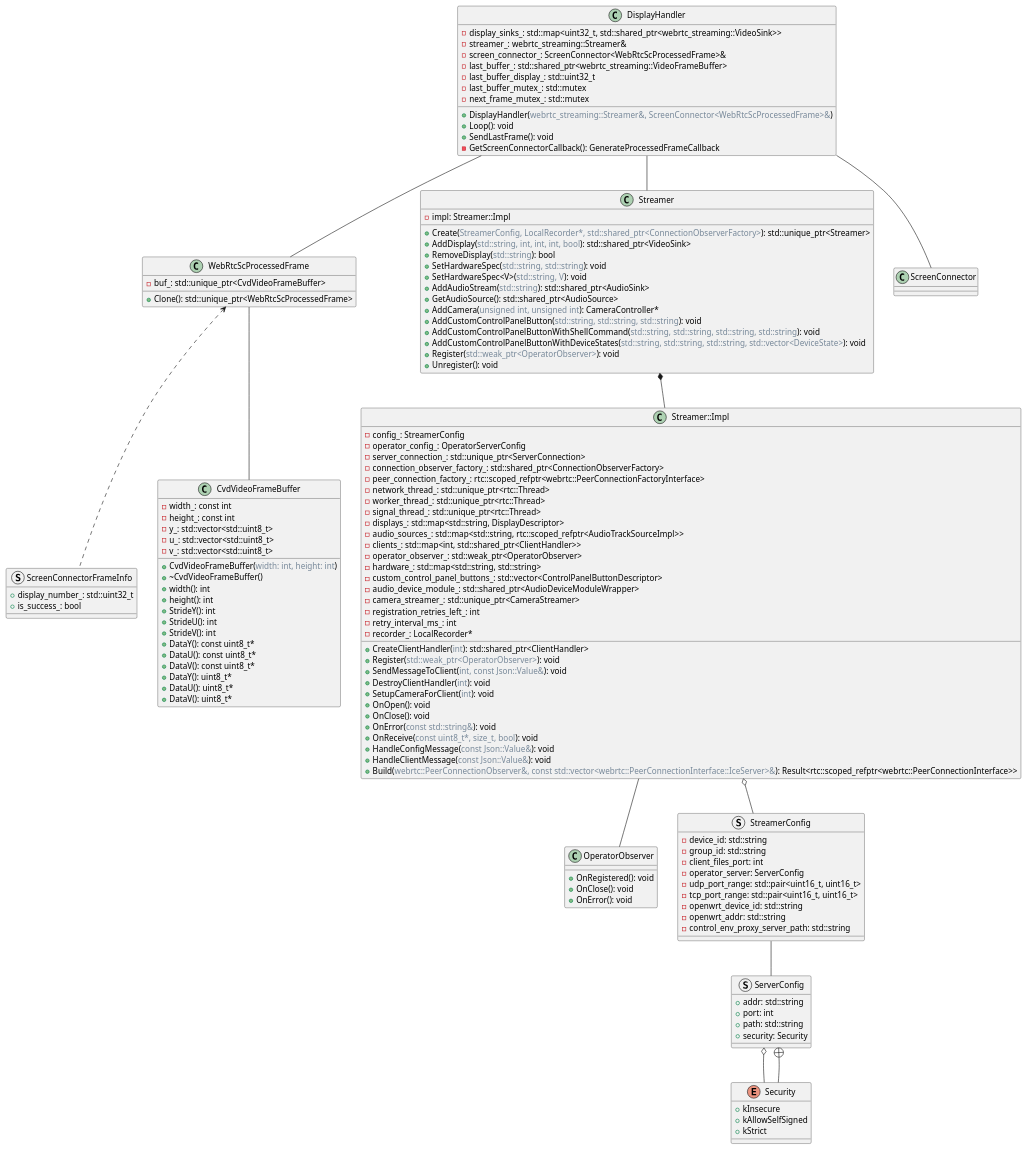
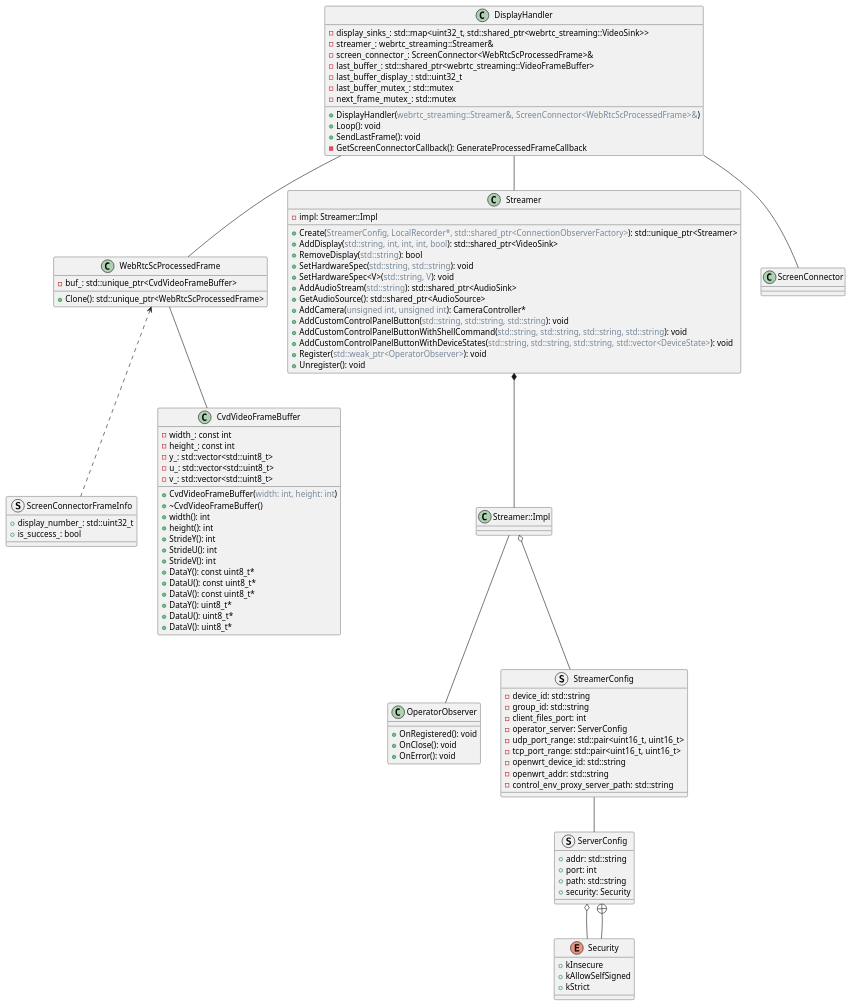
The diagram in streaming_diagram.puml (dmitvitalii/cf_diagrams), drawn with PlantUML before and after one commit. The commit also changed 3 other files, not shown here.

Commit message:
Rearrange diagrams and relations

```diff
--- a/streaming_diagram.puml
+++ b/streaming_diagram.puml
@@ -1,153 +1,153 @@
 @startuml
 
 class WebRtcScProcessedFrame {
   - buf_: std::unique_ptr<CvdVideoFrameBuffer>
   + Clone(): std::unique_ptr<WebRtcScProcessedFrame>
 }
 
 class DisplayHandler {
   - display_sinks_: std::map<uint32_t, std::shared_ptr<webrtc_streaming::VideoSink>>
   - streamer_: webrtc_streaming::Streamer&
   - screen_connector_: ScreenConnector<WebRtcScProcessedFrame>&
   - last_buffer_: std::shared_ptr<webrtc_streaming::VideoFrameBuffer>
   - last_buffer_display_: std::uint32_t
   - last_buffer_mutex_: std::mutex
   - next_frame_mutex_: std::mutex
   + DisplayHandler(<color:LightSlateGray>webrtc_streaming::Streamer&, ScreenConnector<WebRtcScProcessedFrame>&</color>)
   + Loop(): void
   + SendLastFrame(): void
   - GetScreenConnectorCallback(): GenerateProcessedFrameCallback
 }
 
 struct ScreenConnectorFrameInfo {
   + display_number_: std::uint32_t
   + is_success_: bool
 }
 
 class OperatorObserver {
   +OnRegistered(): void
   +OnClose(): void
   +OnError(): void
 }
 
 struct StreamerConfig {
   - device_id: std::string
   - group_id: std::string
   - client_files_port: int
   - operator_server: ServerConfig
   - udp_port_range: std::pair<uint16_t, uint16_t>
   - tcp_port_range: std::pair<uint16_t, uint16_t>
   - openwrt_device_id: std::string
   - openwrt_addr: std::string
   - control_env_proxy_server_path: std::string
 }
 
 class Streamer {
   +Create(<color:LightSlateGray>StreamerConfig, LocalRecorder*, std::shared_ptr<ConnectionObserverFactory></color>): std::unique_ptr<Streamer>
   +AddDisplay(<color:LightSlateGray>std::string, int, int, int, bool</color>): std::shared_ptr<VideoSink>
   +RemoveDisplay(<color:LightSlateGray>std::string</color>): bool
   +SetHardwareSpec(<color:LightSlateGray>std::string, std::string</color>): void
   +SetHardwareSpec<V>(<color:LightSlateGray>std::string, V</color>): void
   +AddAudioStream(<color:LightSlateGray>std::string</color>): std::shared_ptr<AudioSink>
   +GetAudioSource(): std::shared_ptr<AudioSource>
   +AddCamera(<color:LightSlateGray>unsigned int, unsigned int</color>): CameraController*
   +AddCustomControlPanelButton(<color:LightSlateGray>std::string, std::string, std::string</color>): void
   +AddCustomControlPanelButtonWithShellCommand(<color:LightSlateGray>std::string, std::string, std::string, std::string</color>): void
   +AddCustomControlPanelButtonWithDeviceStates(<color:LightSlateGray>std::string, std::string, std::string, std::vector<DeviceState></color>): void
   +Register(<color:LightSlateGray>std::weak_ptr<OperatorObserver></color>): void
   +Unregister(): void
   -impl: Streamer::Impl
 }
 
 
 class Streamer::Impl {
-  +CreateClientHandler(<color:LightSlateGray>int</color>): std::shared_ptr<ClientHandler>
-  +Register(<color:LightSlateGray>std::weak_ptr<OperatorObserver></color>): void
-  +SendMessageToClient(<color:LightSlateGray>int, const Json::Value&</color>): void
-  +DestroyClientHandler(<color:LightSlateGray>int</color>): void
-  +SetupCameraForClient(<color:LightSlateGray>int</color>): void
-  +OnOpen(): void
-  +OnClose(): void
-  +OnError(<color:LightSlateGray>const std::string&</color>): void
-  +OnReceive(<color:LightSlateGray>const uint8_t*, size_t, bool</color>): void
-  +HandleConfigMessage(<color:LightSlateGray>const Json::Value&</color>): void
-  +HandleClientMessage(<color:LightSlateGray>const Json::Value&</color>): void
-  +Build(<color:LightSlateGray>webrtc::PeerConnectionObserver&, const std::vector<webrtc::PeerConnectionInterface::IceServer>&</color>): Result<rtc::scoped_refptr<webrtc::PeerConnectionInterface>>
-  - config_: StreamerConfig
-  - operator_config_: OperatorServerConfig
-  - server_connection_: std::unique_ptr<ServerConnection>
-  - connection_observer_factory_: std::shared_ptr<ConnectionObserverFactory>
-  - peer_connection_factory_: rtc::scoped_refptr<webrtc::PeerConnectionFactoryInterface>
-  - network_thread_: std::unique_ptr<rtc::Thread>
-  - worker_thread_: std::unique_ptr<rtc::Thread>
-  - signal_thread_: std::unique_ptr<rtc::Thread>
-  - displays_: std::map<std::string, DisplayDescriptor>
-  - audio_sources_: std::map<std::string, rtc::scoped_refptr<AudioTrackSourceImpl>>
-  - clients_: std::map<int, std::shared_ptr<ClientHandler>>
-  - operator_observer_: std::weak_ptr<OperatorObserver>
-  - hardware_: std::map<std::string, std::string>
-  - custom_control_panel_buttons_: std::vector<ControlPanelButtonDescriptor>
-  - audio_device_module_: std::shared_ptr<AudioDeviceModuleWrapper>
-  - camera_streamer_: std::unique_ptr<CameraStreamer>
-  - registration_retries_left_: int
-  - retry_interval_ms_: int
-  - recorder_: LocalRecorder*
+  ' +CreateClientHandler(<color:LightSlateGray>int</color>): std::shared_ptr<ClientHandler>
+  ' +Register(<color:LightSlateGray>std::weak_ptr<OperatorObserver></color>): void
+  ' +SendMessageToClient(<color:LightSlateGray>int, const Json::Value&</color>): void
+  ' +DestroyClientHandler(<color:LightSlateGray>int</color>): void
+  ' +SetupCameraForClient(<color:LightSlateGray>int</color>): void
+  ' +OnOpen(): void
+  ' +OnClose(): void
+  ' +OnError(<color:LightSlateGray>const std::string&</color>): void
+  ' +OnReceive(<color:LightSlateGray>const uint8_t*, size_t, bool</color>): void
+  ' +HandleConfigMessage(<color:LightSlateGray>const Json::Value&</color>): void
+  ' +HandleClientMessage(<color:LightSlateGray>const Json::Value&</color>): void
+  ' +Build(<color:LightSlateGray>webrtc::PeerConnectionObserver&, const std::vector<webrtc::PeerConnectionInterface::IceServer>&</color>): Result<rtc::scoped_refptr<webrtc::PeerConnectionInterface>>
+  ' - config_: StreamerConfig
+  ' - operator_config_: OperatorServerConfig
+  ' - server_connection_: std::unique_ptr<ServerConnection>
+  ' - connection_observer_factory_: std::shared_ptr<ConnectionObserverFactory>
+  ' - peer_connection_factory_: rtc::scoped_refptr<webrtc::PeerConnectionFactoryInterface>
+  ' - network_thread_: std::unique_ptr<rtc::Thread>
+  ' - worker_thread_: std::unique_ptr<rtc::Thread>
+  ' - signal_thread_: std::unique_ptr<rtc::Thread>
+  ' - displays_: std::map<std::string, DisplayDescriptor>
+  ' - audio_sources_: std::map<std::string, rtc::scoped_refptr<AudioTrackSourceImpl>>
+  ' - clients_: std::map<int, std::shared_ptr<ClientHandler>>
+  ' - operator_observer_: std::weak_ptr<OperatorObserver>
+  ' - hardware_: std::map<std::string, std::string>
+  ' - custom_control_panel_buttons_: std::vector<ControlPanelButtonDescriptor>
+  ' - audio_device_module_: std::shared_ptr<AudioDeviceModuleWrapper>
+  ' - camera_streamer_: std::unique_ptr<CameraStreamer>
+  ' - registration_retries_left_: int
+  ' - retry_interval_ms_: int
+  ' - recorder_: LocalRecorder*
 }
 
 
 class CvdVideoFrameBuffer {
   +CvdVideoFrameBuffer(<color:LightSlateGray>width: int, height: int</color>)
   +~CvdVideoFrameBuffer()
   +width(): int
   +height(): int
   +StrideY(): int
   +StrideU(): int
   +StrideV(): int
   +DataY(): const uint8_t*
   +DataU(): const uint8_t*
   +DataV(): const uint8_t*
   +DataY(): uint8_t*
   +DataU(): uint8_t*
   +DataV(): uint8_t*
 
   - width_: const int
   - height_: const int
   - y_: std::vector<std::uint8_t>
   - u_: std::vector<std::uint8_t>
   - v_: std::vector<std::uint8_t>
 }
 
 struct ServerConfig {
   +addr: std::string
   +port: int
   +path: std::string
   +security: Security
 }
 
 enum Security {
   +kInsecure
   +kAllowSelfSigned
   +kStrict
 }
 
 ServerConfig o-- Security
 ServerConfig +-- Security
 
 
 ' Relationships
 Streamer::Impl o-- StreamerConfig
 
 StreamerConfig -- ServerConfig
 
 Streamer::Impl -- OperatorObserver
 Streamer *-- Streamer::Impl
 
 WebRtcScProcessedFrame <.. ScreenConnectorFrameInfo
 
 WebRtcScProcessedFrame -- CvdVideoFrameBuffer
 
 DisplayHandler -- Streamer
 DisplayHandler -- ScreenConnector
 DisplayHandler -- WebRtcScProcessedFrame
 
 @enduml
```
